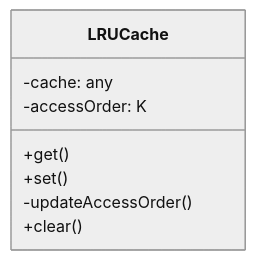
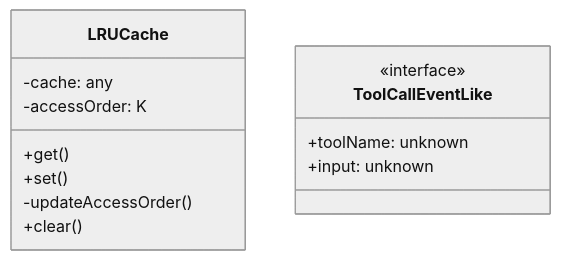
One commit to Mekann2904/mekann changed the first of 4 diagrams in ABDD/.pi/extensions/ul-dual-mode.md. Above: the diagram before and after it, drawn with Mermaid (neutral theme). The commit also changed other lines of this file and 189 other files, not shown here.

````diff
--- a/ABDD/.pi/extensions/ul-dual-mode.md
+++ b/ABDD/.pi/extensions/ul-dual-mode.md
@@ -33,11 +34,16 @@
 ```mermaid
 classDiagram
   class LRUCache {
     -cache: any
     -accessOrder: K
     +get()
     +set()
     -updateAccessOrder()
     +clear()
   }
+  class ToolCallEventLike {
+    <<interface>>
+    +toolName: unknown
+    +input: unknown
+  }
 ```
````
